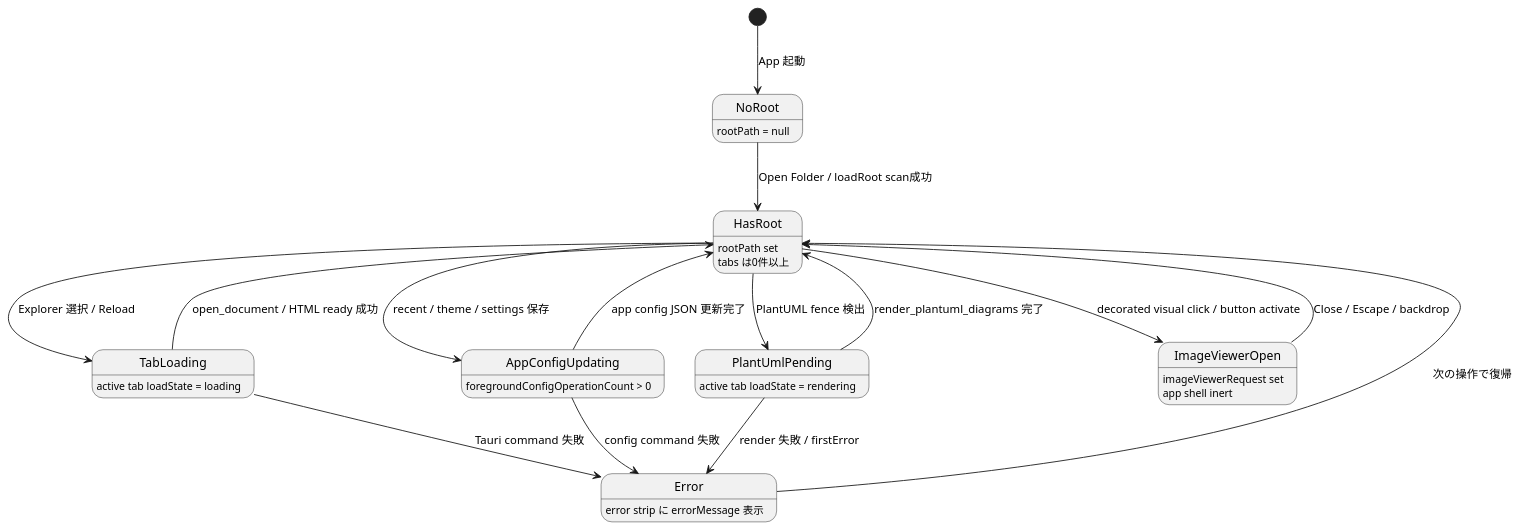
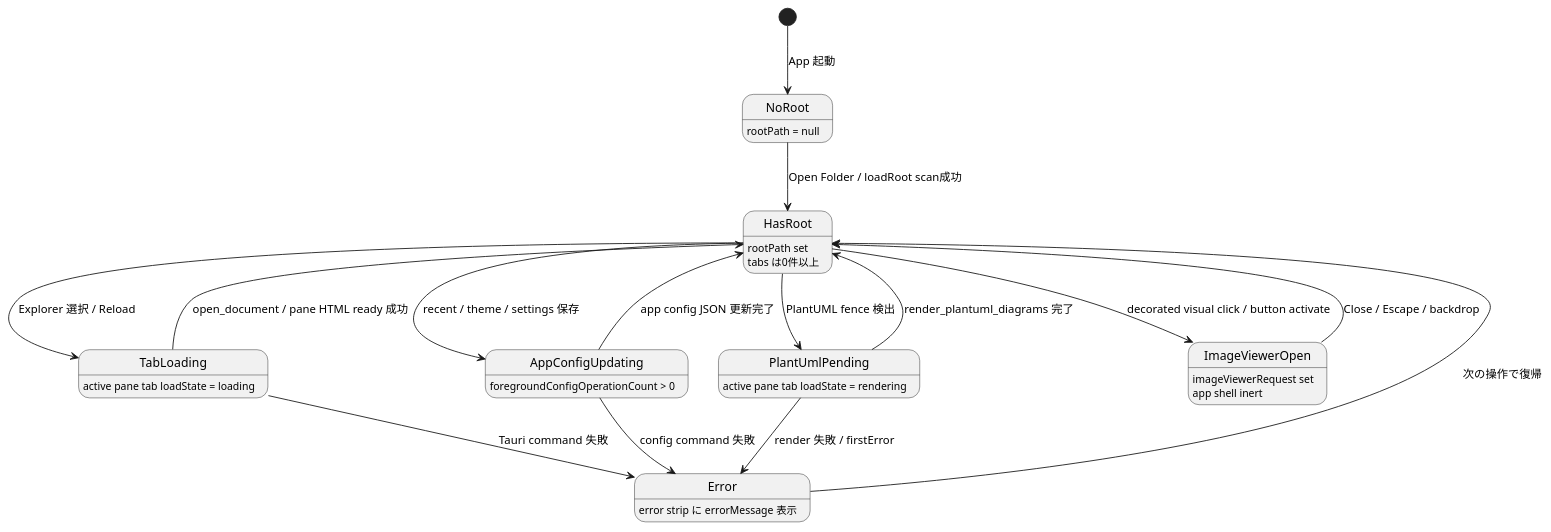
One commit to an-embedded-engineer/MarkdownViewer changed the third of 3 diagrams in docs/components/tauri_viewer/basic_design.md. Above: the diagram before and after it, drawn with PlantUML. The commit also changed other lines of this file and 18 other files, not shown here.

````diff
--- a/docs/components/tauri_viewer/basic_design.md
+++ b/docs/components/tauri_viewer/basic_design.md
@@ -192,29 +206,29 @@
 ```plantuml
 @startuml
 skinparam shadowing false
 
 [*] --> NoRoot : App 起動
 
 state NoRoot : rootPath = null
 state HasRoot : rootPath set\ntabs は0件以上
-state TabLoading : active tab loadState = loading
+state TabLoading : active pane tab loadState = loading
 state AppConfigUpdating : foregroundConfigOperationCount > 0
-state PlantUmlPending : active tab loadState = rendering
+state PlantUmlPending : active pane tab loadState = rendering
 state Error : error strip に errorMessage 表示
 state ImageViewerOpen : imageViewerRequest set\napp shell inert
 
 NoRoot --> HasRoot : Open Folder / loadRoot scan成功
 HasRoot --> TabLoading : Explorer 選択 / Reload
-TabLoading --> HasRoot : open_document / HTML ready 成功
+TabLoading --> HasRoot : open_document / pane HTML ready 成功
 TabLoading --> Error : Tauri command 失敗
 HasRoot --> AppConfigUpdating : recent / theme / settings 保存
 AppConfigUpdating --> HasRoot : app config JSON 更新完了
 AppConfigUpdating --> Error : config command 失敗
 HasRoot --> PlantUmlPending : PlantUML fence 検出
 PlantUmlPending --> HasRoot : render_plantuml_diagrams 完了
 PlantUmlPending --> Error : render 失敗 / firstError
 HasRoot --> ImageViewerOpen : decorated visual click / button activate
 ImageViewerOpen --> HasRoot : Close / Escape / backdrop
 Error --> HasRoot : 次の操作で復帰
 @enduml
 ```
````
